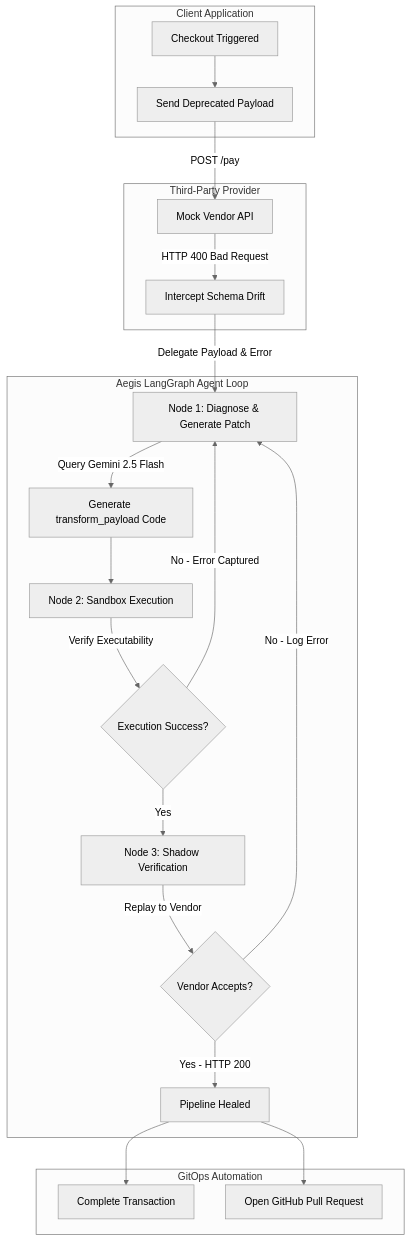
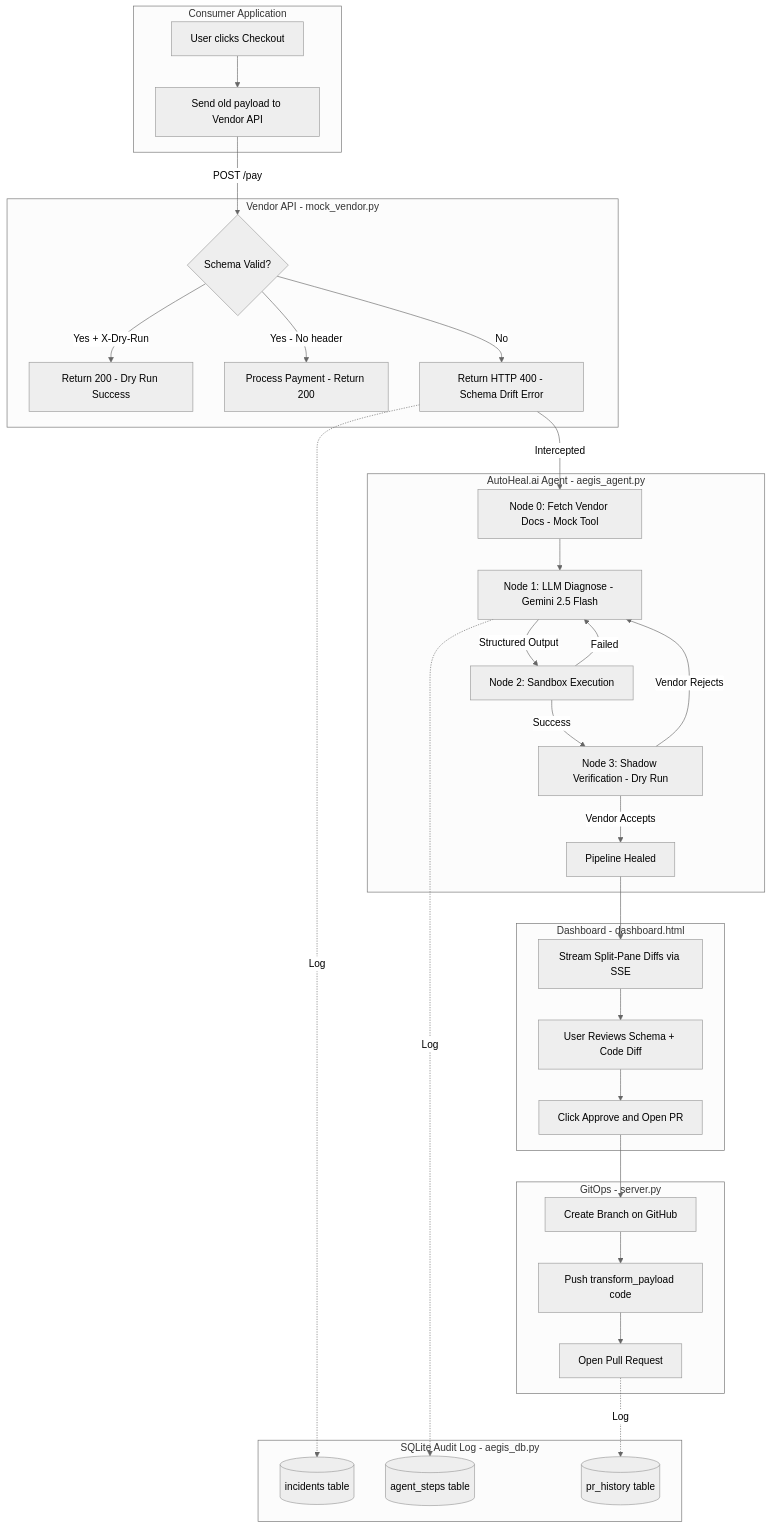
One commit to Sanjay-Sunil/AutoHeal.ai changed the diagram in README.md. Above: the diagram before and after it, drawn with Mermaid (neutral theme). The commit also changed other lines of this file and 8 other files, not shown here.

````diff
--- a/README.md
+++ b/README.md
@@ -14,28 +9,41 @@
 ```mermaid
 flowchart TD
-    subgraph Client Application
-        Start[Checkout Triggered] --> Req1[Send Deprecated Payload]
+    subgraph Consumer Application
+        A[User clicks Checkout] --> B[Send old payload to Vendor API]
     end
 
-    subgraph Third-Party Provider
-        Req1 -->|POST /pay| Vendor[Mock Vendor API]
-        Vendor -->|HTTP 400 Bad Request| Error[Intercept Schema Drift]
+    subgraph Vendor API - mock_vendor.py
+        B -->|POST /pay| C{Schema Valid?}
+        C -->|Yes + X-Dry-Run| D[Return 200 - Dry Run Success]
+        C -->|Yes - No header| E[Process Payment - Return 200]
+        C -->|No| F[Return HTTP 400 - Schema Drift Error]
     end
 
-    subgraph Aegis LangGraph Agent Loop
-        Error -->|Delegate Payload & Error| Diagnose[Node 1: Diagnose & Generate Patch]
-        Diagnose -->|Query Gemini 2.5 Flash| GenCode[Generate transform_payload Code]
-        GenCode --> Sandbox[Node 2: Sandbox Execution]
-        Sandbox -->|Verify Executability| ExecResult{Execution Success?}
-        ExecResult -->|No - Error Captured| Diagnose
-        ExecResult -->|Yes| Verify[Node 3: Shadow Verification]
-        Verify -->|Replay to Vendor| VerifyResult{Vendor Accepts?}
-        VerifyResult -->|No - Log Error| Diagnose
-        VerifyResult -->|Yes - HTTP 200| Success[Pipeline Healed]
+    subgraph AutoHeal.ai Agent - aegis_agent.py
+        F -->|Intercepted| G[Node 0: Fetch Vendor Docs - Mock Tool]
+        G --> H[Node 1: LLM Diagnose - Gemini 2.5 Flash]
+        H -->|Structured Output| I[Node 2: Sandbox Execution]
+        I -->|Success| J[Node 3: Shadow Verification - Dry Run]
+        I -->|Failed| H
+        J -->|Vendor Accepts| K[Pipeline Healed]
+        J -->|Vendor Rejects| H
     end
 
-    subgraph GitOps Automation
-        Success --> FinalReplay[Complete Transaction]
-        Success --> CreatePR[Open GitHub Pull Request]
+    subgraph Dashboard - dashboard.html
+        K --> L[Stream Split-Pane Diffs via SSE]
+        L --> M[User Reviews Schema + Code Diff]
+        M --> N[Click Approve and Open PR]
+    end
+
+    subgraph GitOps - server.py
+        N --> O[Create Branch on GitHub]
+        O --> P[Push transform_payload code]
+        P --> Q[Open Pull Request]
+    end
+
+    subgraph SQLite Audit Log - aegis_db.py
+        F -.->|Log| R[(incidents table)]
+        H -.->|Log| S[(agent_steps table)]
+        Q -.->|Log| T[(pr_history table)]
     end
 ```
````
